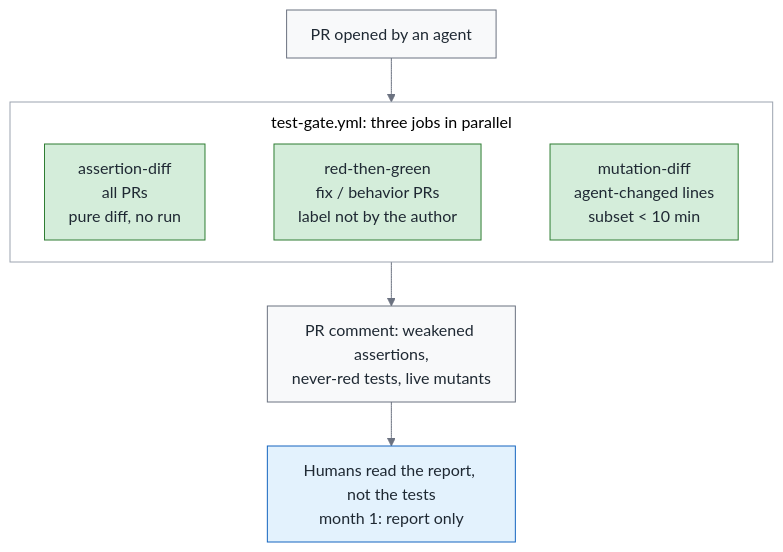
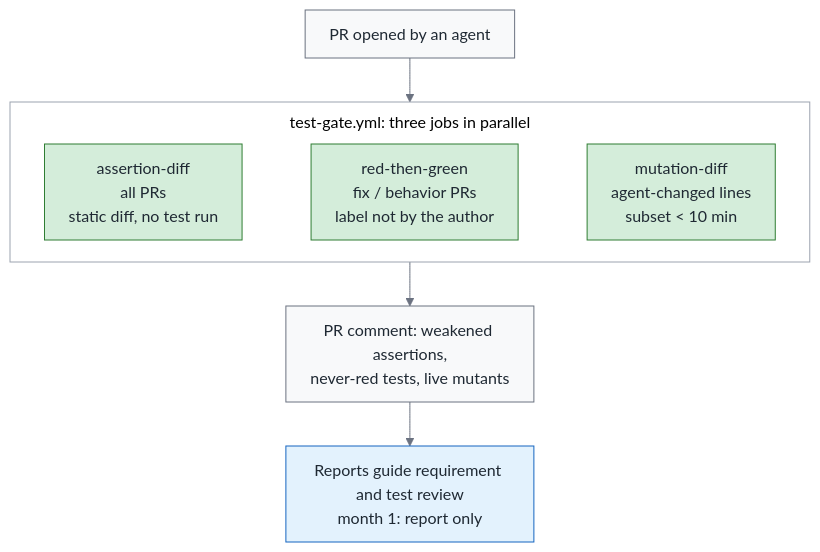
One commit to fantasybz/medium-articles changed the third of 4 diagrams in 2026-10-green-testing/article.en.md. Above: the diagram before and after it, drawn with Mermaid. The commit also changed other lines of this file and 93 other files, not shown here.

````diff
--- a/2026-10-green-testing/article.en.md
+++ b/2026-10-green-testing/article.en.md
@@ -301,41 +301,41 @@
 ```mermaid
 ---
 config:
   theme: base
   themeVariables:
     fontSize: 16px
     primaryColor: "#f8f9fa"
     primaryTextColor: "#1f2933"
     primaryBorderColor: "#6b7280"
     lineColor: "#6b7280"
     secondaryColor: "#f8f9fa"
     tertiaryColor: "#ffffff"
     clusterBkg: "#ffffff"
     clusterBorder: "#9ca3af"
     edgeLabelBackground: "#ffffff"
   flowchart:
     nodeSpacing: 24
     rankSpacing: 44
     padding: 12
     htmlLabels: true
     subGraphTitleMargin:
       top: 8
       bottom: 12
     curve: basis
 ---
 flowchart TB
     classDef own fill:#d4edda,stroke:#2e7d32,color:#1f2933
     classDef buy fill:#fff3cd,stroke:#b8860b,color:#1f2933
     classDef bad fill:#ffe0e0,stroke:#c0392b,color:#1f2933
     classDef human fill:#e3f2fd,stroke:#1565c0,color:#1f2933
     P["PR opened by an agent"]
     subgraph jobs["test-gate.yml: three jobs in parallel"]
         direction LR
-        J1["assertion-diff<br/>all PRs<br/>pure diff, no run"] ~~~ J2["red-then-green<br/>fix / behavior PRs<br/>label not by the author"] ~~~ J3["mutation-diff<br/>agent-changed lines<br/>subset #lt; 10 min"]
+        J1["assertion-diff<br/>all PRs<br/>static diff, no test run"] ~~~ J2["red-then-green<br/>fix / behavior PRs<br/>label not by the author"] ~~~ J3["mutation-diff<br/>agent-changed lines<br/>subset #lt; 10 min"]
     end
     P --> jobs
     jobs --> R["PR comment: weakened assertions,<br/>never-red tests, live mutants"]
-    R --> H["Humans read the report, not the tests<br/>month 1: report only"]
+    R --> H["Reports guide requirement and test review<br/>month 1: report only"]
     class J1,J2,J3 own
     class H human
 ```
````
